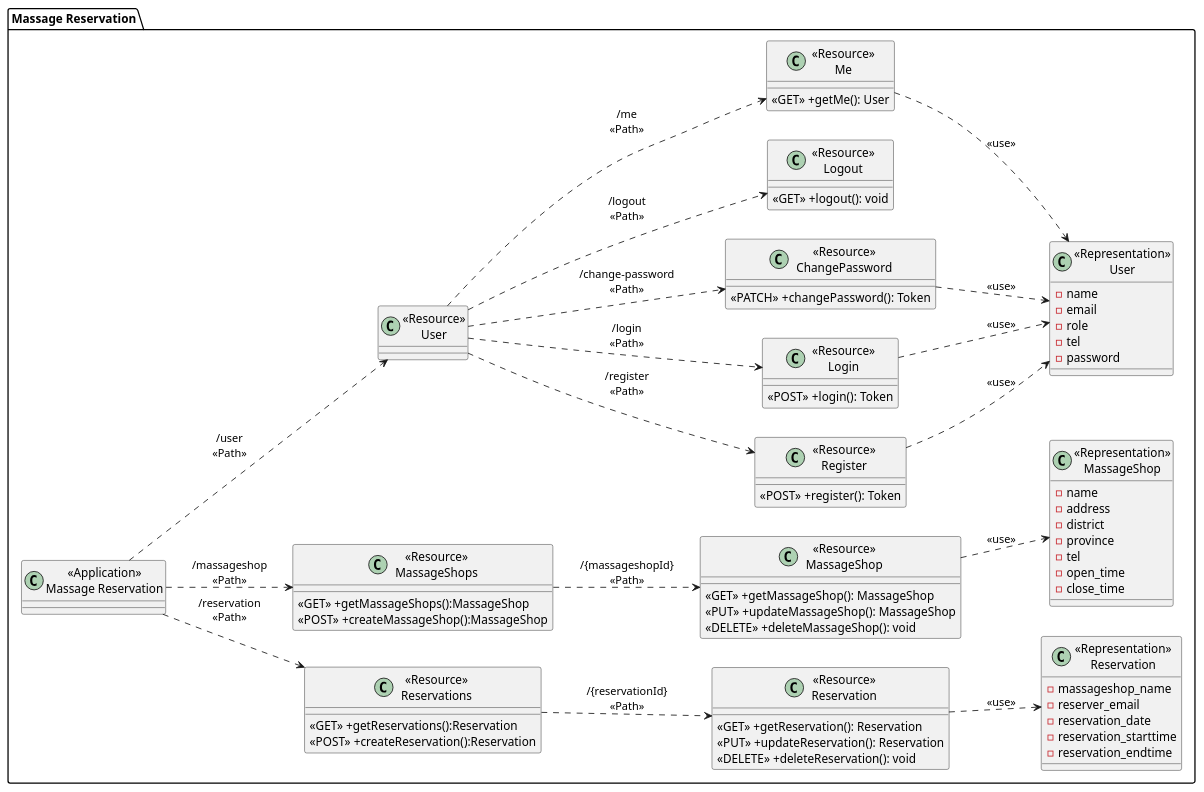
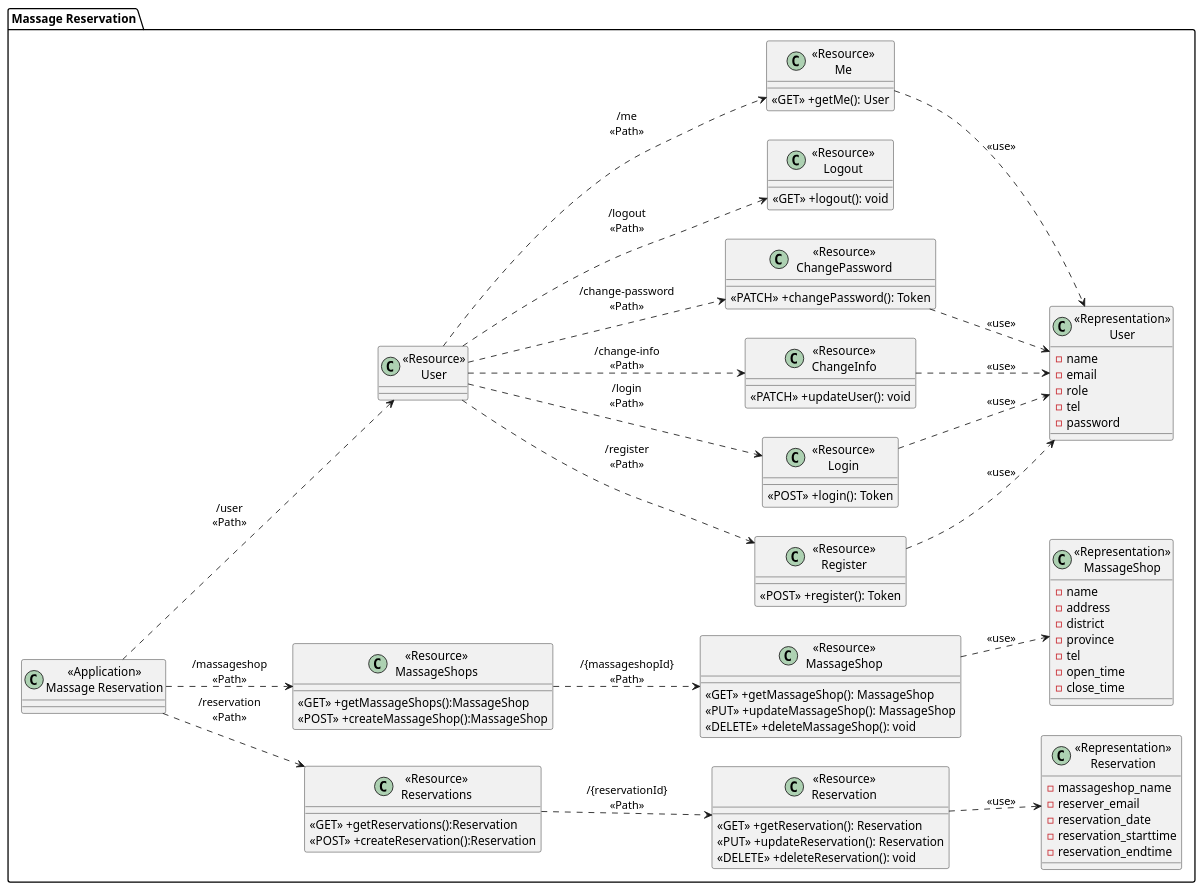
Before and after one commit to naphattar/MassageReservationSystem: the diagram in docs/ClassDiagram.puml, drawn with PlantUML. The commit also changed 1 other file, not shown here.

Commit message:
docs(docs): :memo: update Class diagram

```diff
--- a/docs/ClassDiagram.puml
+++ b/docs/ClassDiagram.puml
@@ -1,97 +1,103 @@
 @startuml
 left to right direction
 package "Massage Reservation"{
     class "<<Application>>\nMassage Reservation" as MassageReservationService{}
 
     class "<<Resource>>\nReservations" as ResourceReservations{
         <<GET>> +getReservations():Reservation
         <<POST>> +createReservation():Reservation
     }
 
     class "<<Resource>>\nReservation" as ResourceReservation{
         <<GET>> +getReservation(): Reservation
         <<PUT>> +updateReservation(): Reservation
         <<DELETE>> +deleteReservation(): void
     }
 
     class "<<Representation>>\nReservation" as RepresentationReservation {
         -massageshop_name
         -reserver_email
         -reservation_date
         -reservation_starttime
         -reservation_endtime
     }
 
     class "<<Resource>>\nMassageShops" as ResourceMassageShops{
         <<GET>> +getMassageShops():MassageShop
         <<POST>> +createMassageShop():MassageShop
     }
 
     class "<<Resource>>\nMassageShop" as ResourceMassageShop{
         <<GET>> +getMassageShop(): MassageShop
         <<PUT>> +updateMassageShop(): MassageShop
         <<DELETE>> +deleteMassageShop(): void
     }
 
     class "<<Representation>>\nMassageShop" as RepresentationMassageShop {
         -name
         -address
         -district
         -province
         -tel
         -open_time
         -close_time
     }
 
     class "<<Resource>>\nUser" as ResourceUser{
         
     }
 
     class "<<Resource>>\nRegister" as ResourceRegister{
         <<POST>> +register(): Token
     }
 
     class "<<Resource>>\nLogin" as ResourceLogin{
         <<POST>> +login(): Token
     }
 
+     class "<<Resource>>\nChangeInfo" as ResourceChangeInfo{
+        <<PATCH>> +updateUser(): void
+    }
+
     class "<<Resource>>\nChangePassword" as ResourceChangePassword{
         <<PATCH>> +changePassword(): Token
     }
 
     class "<<Resource>>\nLogout" as ResourceLogout{
         <<GET>> +logout(): void
     }
 
     class "<<Resource>>\nMe" as ResourceMe{
         <<GET>> +getMe(): User
     }
 
     class "<<Representation>>\nUser" as RepresentationUser {
         -name
         -email
         -role
         -tel
         -password
     }
 
 }
 
 MassageReservationService ..> ResourceUser:"/user\n<<Path>>"
 ResourceUser ..> ResourceRegister:"/register\n<<Path>>"
 ResourceRegister ..> RepresentationUser: "<<use>>"
 ResourceUser ..> ResourceLogin:"/login\n<<Path>>"
 ResourceLogin ..> RepresentationUser: "<<use>>"
+ResourceUser ..> ResourceChangeInfo:"/change-info\n<<Path>>"
+ResourceChangeInfo..> RepresentationUser: "<<use>>"
 ResourceUser ..> ResourceChangePassword:"/change-password\n<<Path>>"
 ResourceChangePassword ..> RepresentationUser: "<<use>>"
 ResourceUser ..> ResourceMe:"/me\n<<Path>>"
 ResourceMe ..> RepresentationUser: "<<use>>"
 ResourceUser ..> ResourceLogout:"/logout\n<<Path>>"
 MassageReservationService ..> ResourceMassageShops:"/massageshop\n<<Path>>"
 ResourceMassageShops ..> ResourceMassageShop:"/{massageshopId}\n<<Path>>"
 ResourceMassageShop ..> RepresentationMassageShop: "<<use>>"
 MassageReservationService ..> ResourceReservations:"/reservation\n<<Path>>"
 ResourceReservations ..> ResourceReservation:"/{reservationId}\n<<Path>>"
 ResourceReservation ..> RepresentationReservation: "<<use>>"
 
 @enduml
```
